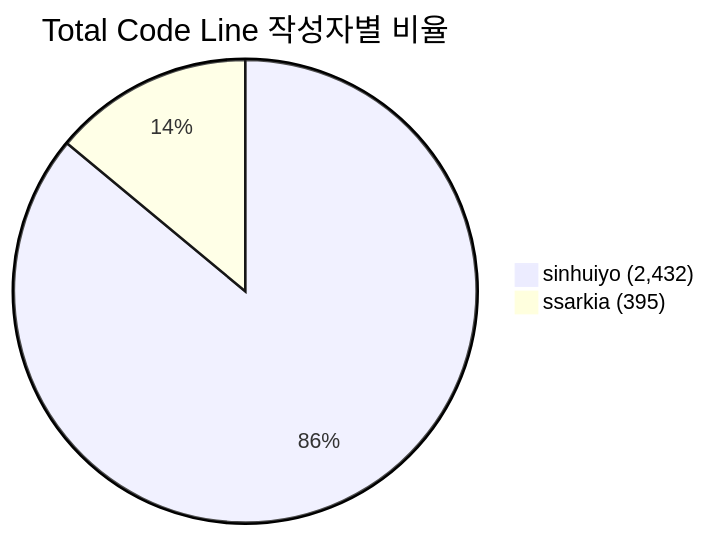
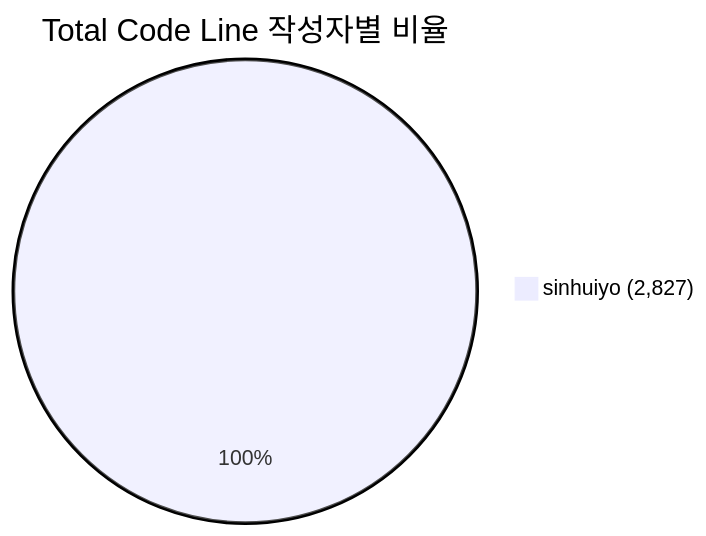
Before and after one commit to Leesinhui-medialog/ExPjt: the second of 2 diagrams in kiro-generated.md, drawn with Mermaid. The commit also changed other lines of this file and 1 other file, not shown here.

````diff
--- a/kiro-generated.md
+++ b/kiro-generated.md
@@ -62,5 +62,4 @@
 ```mermaid
 pie title Total Code Line 작성자별 비율
-    "sinhuiyo (2,432)" : 2432
-    "ssarkia (395)" : 395
+    "sinhuiyo (2,827)" : 2827
 ```
````
